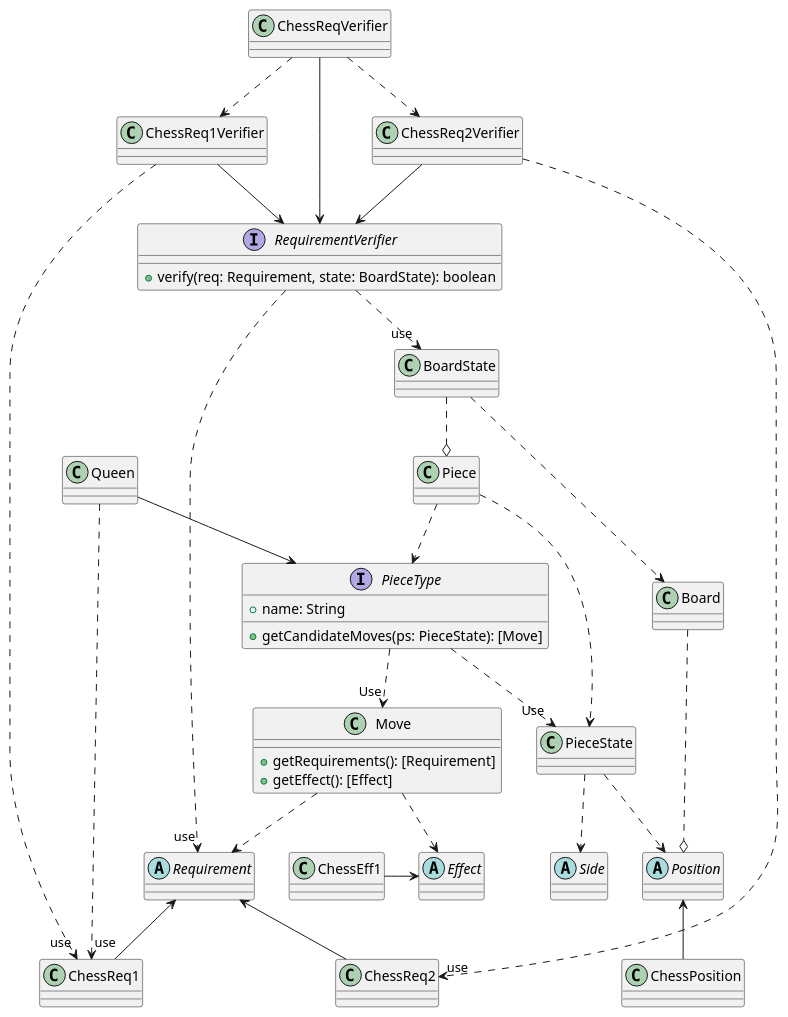
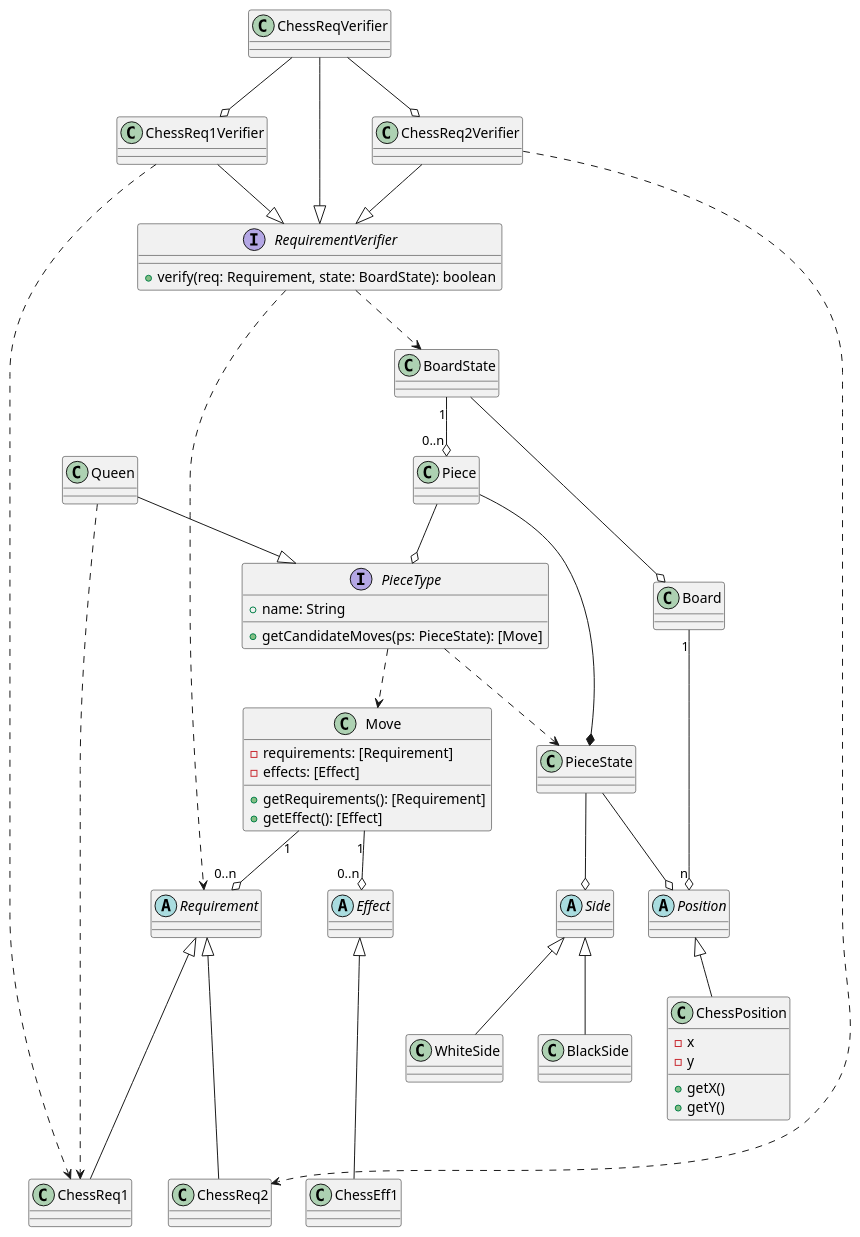
Before and after one commit to hnd14/ChessBoard: the diagram in uml/design.class.puml, drawn with PlantUML. The commit also changed 1 other file, not shown here.

```diff
--- a/uml/design.class.puml
+++ b/uml/design.class.puml
@@ -1,96 +1,109 @@
 @startuml Class Design
 abstract Requirement
 class ChessReq1
 class ChessReq2
 
 abstract Effect
 ' class ChessEff1
 ' class ChessEff2
 
 class Move {
+    - requirements: [Requirement]
+    - effects: [Effect]
     + getRequirements(): [Requirement]
     + getEffect(): [Effect]
 }
 
 class PieceState
 
 abstract Position
-class ChessPosition 
+class ChessPosition {
+    - x
+    - y
+    + getX()
+    + getY()
+}
 
 abstract Side
+
+class BlackSide
+class WhiteSide
 
 interface PieceType {
     + name: String
     + getCandidateMoves(ps: PieceState): [Move]
 }
 ' class Pawn
 ' class King
 class Queen
 
 
 class BoardState {
 
 }
 
 interface RequirementVerifier {
     + verify(req: Requirement, state: BoardState): boolean
 }
 class ChessReqVerifier
 class ChessReq1Verifier
 class ChessReq2Verifier
 
 ' interface EffectApplier {
 '     + apply(eff: Effect, state: BoardState): BoardState
 ' }
 
 class Piece {
 
 }
 
 class Board
 
-Move .d.> Requirement
-Move .d.> Effect
-PieceType .d.>"Use" Move
-PieceType .d.>"Use" PieceState
+Move "1"-d-o "0..n" Requirement
+Move "1"-d-o "0..n" Effect
+PieceType .d.> Move
+PieceType .d.> PieceState
 
 ' Requirement o.. Requirement
 ' Effect o.. Effect
 
-Piece ..> PieceType
-Piece .r.> PieceState
-PieceState ..> Position
-PieceState ..> Side
+Piece --o PieceType
+Piece -r-* PieceState
+PieceState --o Position
+PieceState --o Side
 
-Board ..o Position
+Board "1"--o "n" Position
 
-BoardState ..> Board
-BoardState ..o Piece
+BoardState --o Board
+BoardState "1"--o "0..n" Piece
 
-RequirementVerifier ..>"use" Requirement
-RequirementVerifier ..>"use" BoardState
+RequirementVerifier ..> Requirement
+RequirementVerifier ..> BoardState
 
 ' EffectApplier ..> Effect
 ' EffectApplier ..> BoardState
 
 
-ChessReq1 -u-> Requirement
-ChessReq2 -u-> Requirement
+ChessReq1 -u--|> Requirement
+ChessReq2 -u--|> Requirement
 
-ChessEff1 -> Effect
+ChessEff1 -u--|> Effect
 ' ChessEff2 -u-> Effect
 ' Pawn -d-> PieceType
 ' Pawn ..>"use" ChessReq1
-Queen -d-> PieceType
-Queen ..>"use" ChessReq1
+Queen -d-|> PieceType
+Queen ..> ChessReq1
 ' King -d-> PieceType
 
-ChessReqVerifier -d-> RequirementVerifier
-ChessReq1Verifier -d-> RequirementVerifier
-ChessReq2Verifier -d-> RequirementVerifier
-ChessReqVerifier .d.>ChessReq1Verifier
-ChessReqVerifier .d.>ChessReq2Verifier
-ChessReq1Verifier ..>"use" ChessReq1
-ChessReq2Verifier ..>"use" ChessReq2
-ChessPosition -u-> Position
+ChessReqVerifier -d-|> RequirementVerifier
+ChessReq1Verifier -d-|> RequirementVerifier
+ChessReq2Verifier -d-|> RequirementVerifier
+ChessReqVerifier -d-o ChessReq1Verifier
+ChessReqVerifier -d-o ChessReq2Verifier
+ChessReq1Verifier ..> ChessReq1
+ChessReq2Verifier ..> ChessReq2
+ChessPosition -u-|> Position
+
+BlackSide -u-|> Side
+WhiteSide -u-|> Side
 @enduml
```
